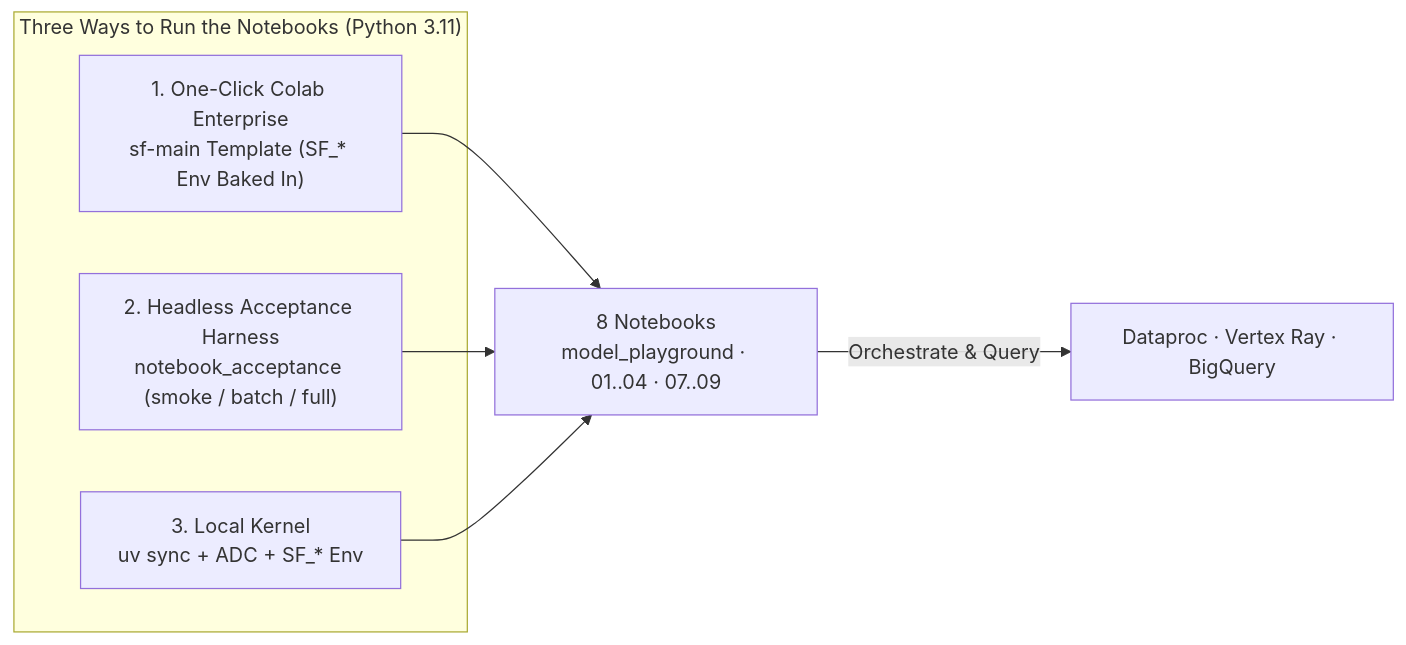
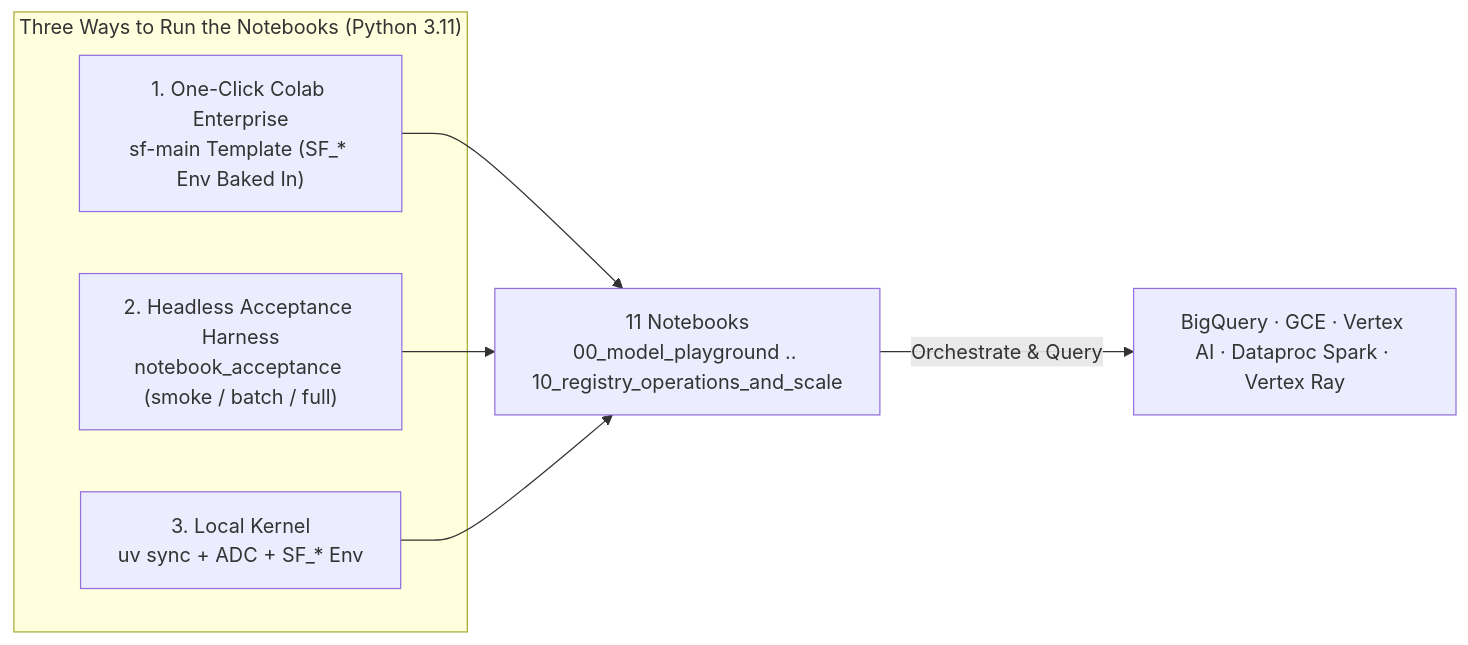
The diagram in docs/notebook_runtimes.md (statmike/scale-forecasting), drawn with Mermaid before and after one commit. The commit also changed other lines of this file and 44 other files, not shown here.

Commit message:
feat(sdk,notebooks): re-envision 11-notebook curriculum (00-10) with live outputs and 5-pillar SDK diagnostic/plotting helpers

````diff
--- a/docs/notebook_runtimes.md
+++ b/docs/notebook_runtimes.md
@@ -18,10 +18,10 @@
 ```mermaid
 flowchart LR
     subgraph Surfaces["Three Ways to Run the Notebooks (Python 3.11)"]
-        S1["1. One-Click Colab Enterprise\nsf-main Template (SF_* Env Baked In)"]
-        S2["2. Headless Acceptance Harness\nnotebook_acceptance (smoke / batch / full)"]
-        S3["3. Local Kernel\nuv sync + ADC + SF_* Env"]
+        S1["1. One-Click Colab Enterprise<br/>sf-main Template (SF_* Env Baked In)"]
+        S2["2. Headless Acceptance Harness<br/>notebook_acceptance (smoke / batch / full)"]
+        S3["3. Local Kernel<br/>uv sync + ADC + SF_* Env"]
     end
-    S1 & S2 & S3 --> NB["8 Notebooks\nmodel_playground · 01..04 · 07..09"]
-    NB -->|"Orchestrate & Query"| Cloud["Dataproc · Vertex Ray · BigQuery"]
+    S1 & S2 & S3 --> NB["11 Notebooks<br/>00_model_playground .. 10_registry_operations_and_scale"]
+    NB -->|"Orchestrate & Query"| Cloud["BigQuery · GCE · Vertex AI · Dataproc Spark · Vertex Ray"]
 ```
````
